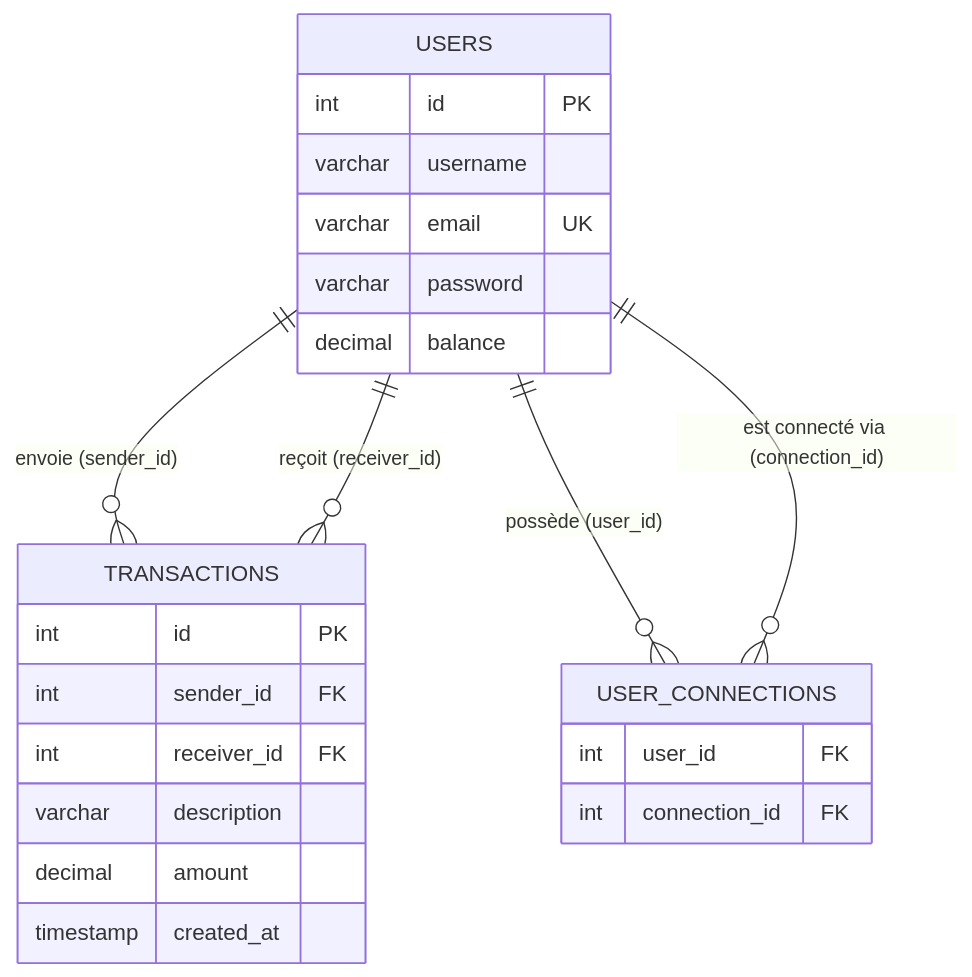
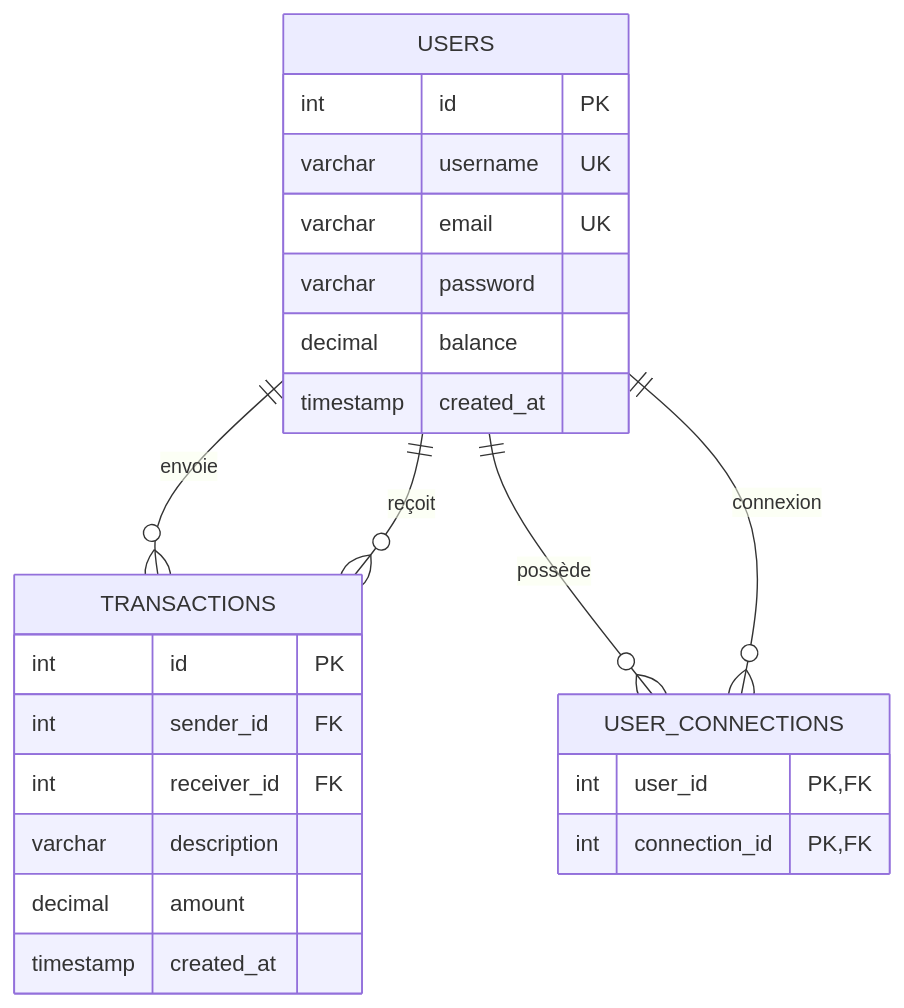
Before and after one commit to evann-pommier/Pay_My_Buddy: the diagram in README.md, drawn with Mermaid. The commit also changed 1 other file, not shown here.

Commit message:
modification redme.me pour mettre à jour le model physique de base

````diff
--- a/README.md
+++ b/README.md
@@ -10,27 +10,31 @@
 ```mermaid
 erDiagram
     USERS {
         int id PK
-        varchar username
+        varchar username UK
         varchar email UK
         varchar password
         decimal balance
+        timestamp created_at
     }
+
     TRANSACTIONS {
         int id PK
         int sender_id FK
         int receiver_id FK
         varchar description
         decimal amount
         timestamp created_at
     }
+
     USER_CONNECTIONS {
-        int user_id FK
-        int connection_id FK
+        int user_id PK, FK
+        int connection_id PK, FK
     }
 
-    USERS ||--o{ TRANSACTIONS : "envoie (sender_id)"
-    USERS ||--o{ TRANSACTIONS : "reçoit (receiver_id)"
-    USERS ||--o{ USER_CONNECTIONS : "possède (user_id)"
-    USERS ||--o{ USER_CONNECTIONS : "est connecté via (connection_id)"
+    USERS ||--o{ TRANSACTIONS : "envoie"
+    USERS ||--o{ TRANSACTIONS : "reçoit"
+
+    USERS ||--o{ USER_CONNECTIONS : "possède"
+    USERS ||--o{ USER_CONNECTIONS : "connexion"
 ```
````
